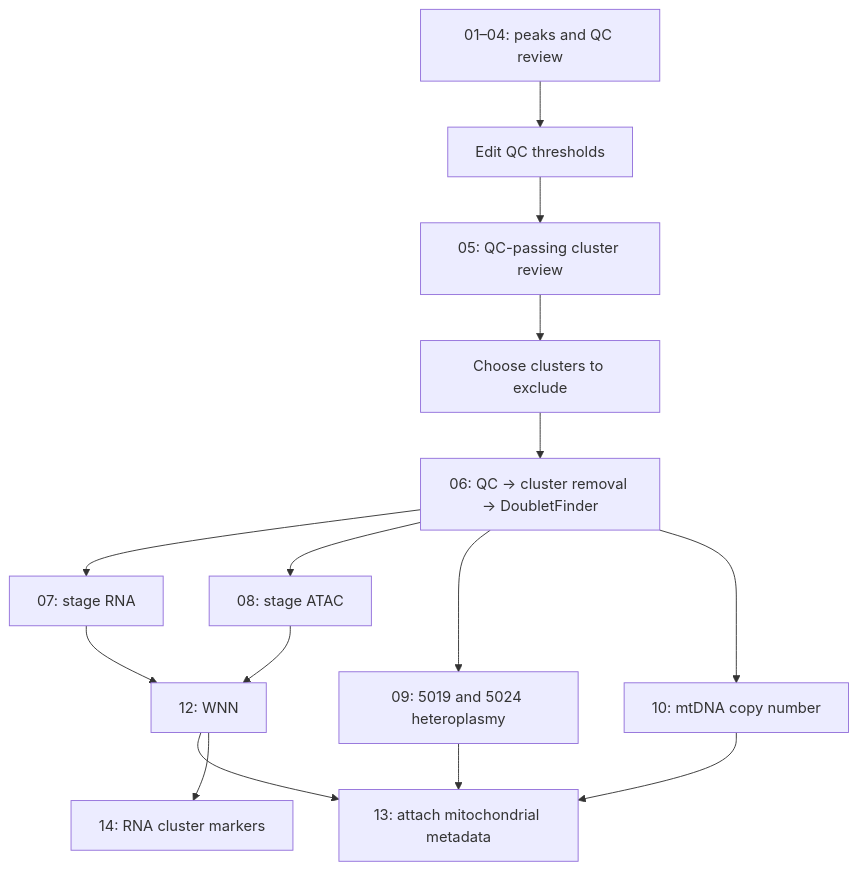
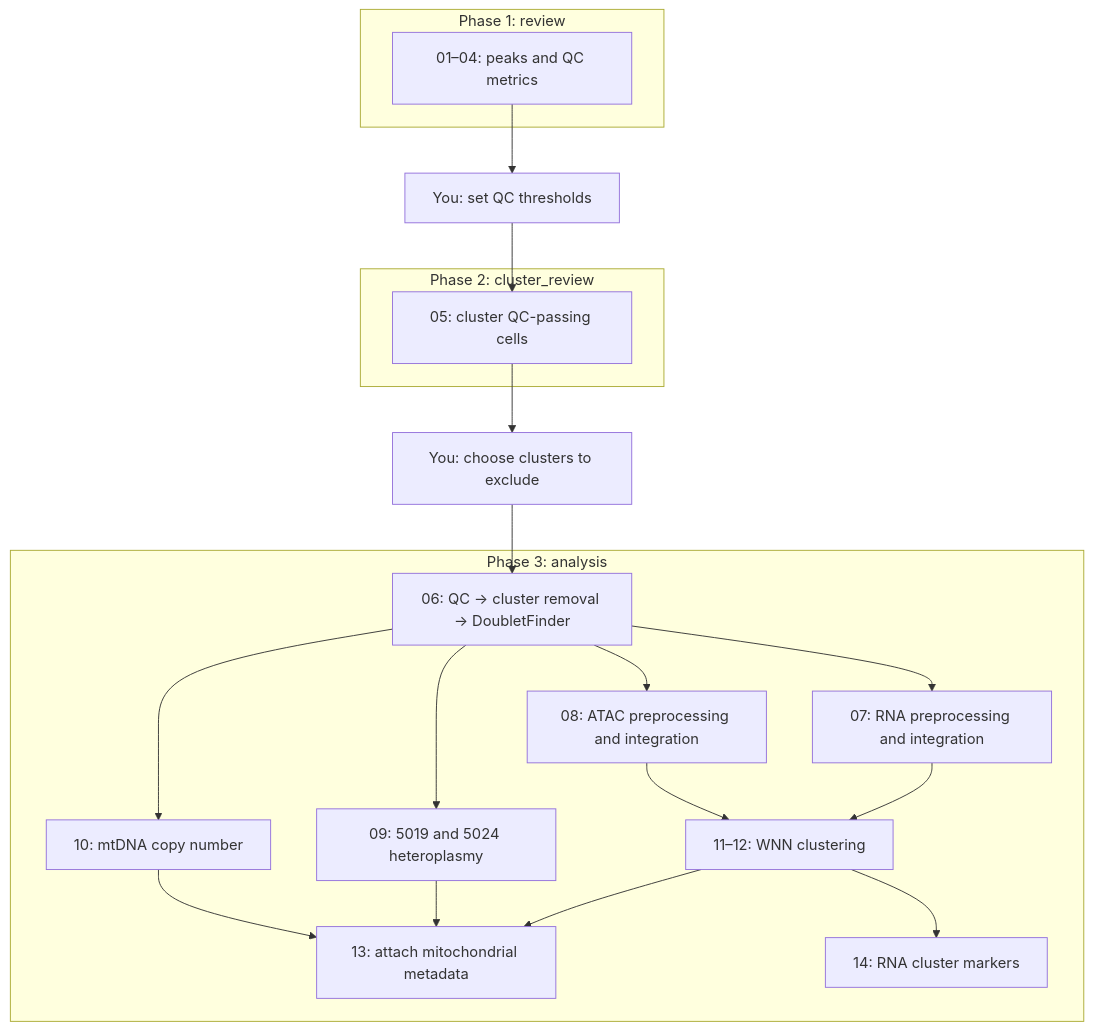
The diagram in README.md (YuelinYao/Stage_Multiome_Nextflow), drawn with Mermaid before and after one commit. The commit also changed other lines of this file and 6 other files, not shown here.

````diff
--- a/README.md
+++ b/README.md
@@ -105,17 +86,26 @@
 ```mermaid
 flowchart TD
-  REVIEW["01–04: peaks and QC review"] --> THRESHOLDS["Edit QC thresholds"]
-  THRESHOLDS --> CLUSTER_REVIEW["05: QC-passing cluster review"]
-  CLUSTER_REVIEW --> EXCLUSIONS["Choose clusters to exclude"]
-  EXCLUSIONS --> QC["06: QC → cluster removal → DoubletFinder"]
-  QC --> RNA["07: stage RNA"]
-  QC --> ATAC["08: stage ATAC"]
-  QC --> MGATK["09: 5019 and 5024 heteroplasmy"]
-  QC --> CN["10: mtDNA copy number"]
-  RNA --> WNN["12: WNN"]
-  ATAC --> WNN
-  WNN --> ADD["13: attach mitochondrial metadata"]
-  MGATK --> ADD
-  CN --> ADD
-  WNN --> DEG["14: RNA cluster markers"]
+  subgraph P1["Phase 1: review"]
+    REVIEW["01–04: peaks and QC metrics"]
+  end
+  REVIEW --> THRESHOLDS["You: set QC thresholds"]
+  subgraph P2["Phase 2: cluster_review"]
+    CLUSTER_REVIEW["05: cluster QC-passing cells"]
+  end
+  THRESHOLDS --> CLUSTER_REVIEW
+  CLUSTER_REVIEW --> EXCLUSIONS["You: choose clusters to exclude"]
+  subgraph P3["Phase 3: analysis"]
+    QC["06: QC → cluster removal → DoubletFinder"]
+    QC --> RNA["07: RNA preprocessing and integration"]
+    QC --> ATAC["08: ATAC preprocessing and integration"]
+    QC --> MGATK["09: 5019 and 5024 heteroplasmy"]
+    QC --> CN["10: mtDNA copy number"]
+    RNA --> WNN["11–12: WNN clustering"]
+    ATAC --> WNN
+    WNN --> ADD["13: attach mitochondrial metadata"]
+    MGATK --> ADD
+    CN --> ADD
+    WNN --> DEG["14: RNA cluster markers"]
+  end
+  EXCLUSIONS --> QC
 ```
````
